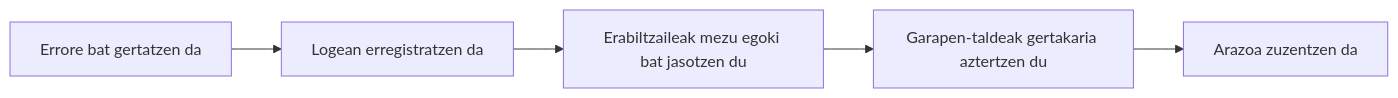
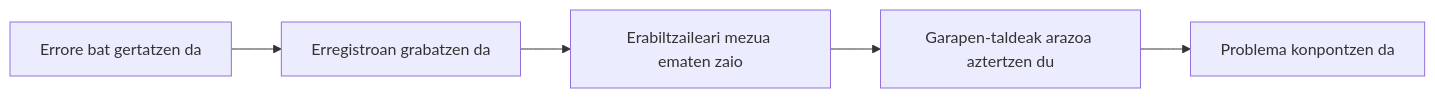
The third of 5 diagrams in docs/eu/2.desarrollo-seguro/3.gestion-de-errores.md (DAW-Resources-FPTxurdinaga/DW3_DesarrolloWebSeguro_2026-27), drawn with Mermaid before and after one commit. The commit also changed other lines of this file and 302 other files, not shown here.

````diff
--- a/docs/eu/2.desarrollo-seguro/3.gestion-de-errores.md
+++ b/docs/eu/2.desarrollo-seguro/3.gestion-de-errores.md
@@ -498,8 +497,8 @@
 ```mermaid
 flowchart LR
 
-A[Errore bat gertatzen da] --> B[Logean erregistratzen da]
-B --> C[Erabiltzaileak mezu egoki bat jasotzen du]
-C --> D[Garapen-taldeak gertakaria aztertzen du]
-D --> E[Arazoa zuzentzen da]
+A[Errore bat gertatzen da] --> B[Erregistroan grabatzen da]
+B --> C[Erabiltzaileari mezua ematen zaio]
+C --> D[Garapen-taldeak arazoa aztertzen du]
+D --> E[Problema konpontzen da]
 ```
````
